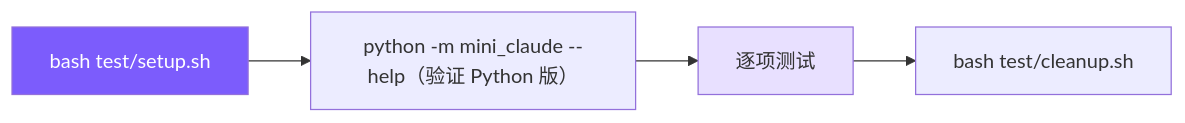
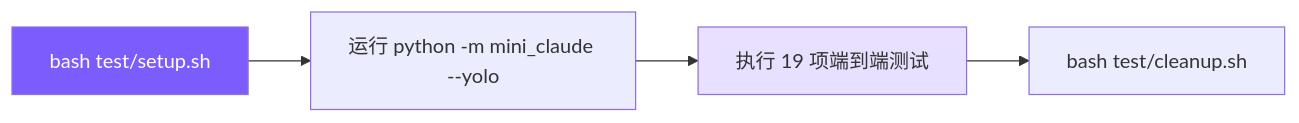
One commit to lidaixingchen/claude-code-from-scratch changed the diagram in docs/16-testing.md. Above: the diagram before and after it, drawn with Mermaid. The commit also changed other lines of this file and 5 other files, not shown here.

First line of the commit message:
docs(17-whats-next): 增加 mini-claude 与 Claude Code 的架构对比

````diff
--- a/docs/16-testing.md
+++ b/docs/16-testing.md
@@ -7,9 +7,9 @@
 ```mermaid
 graph LR
-    Setup["bash test/setup.sh"] --> Build["python -m mini_claude --help（验证 Python 版）"]
-    Build --> Test["逐项测试"]
+    Setup["bash test/setup.sh"] --> Run["运行 python -m mini_claude --yolo"]
+    Run --> Test["执行 19 项端到端测试"]
     Test --> Cleanup["bash test/cleanup.sh"]
 
     style Setup fill:#7c5cfc,color:#fff
     style Test fill:#e8e0ff
 ```
````
